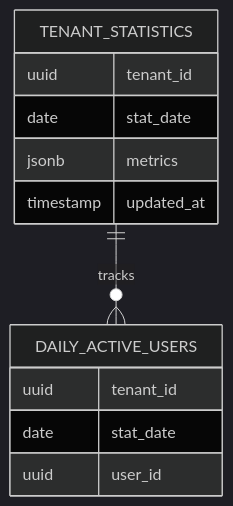
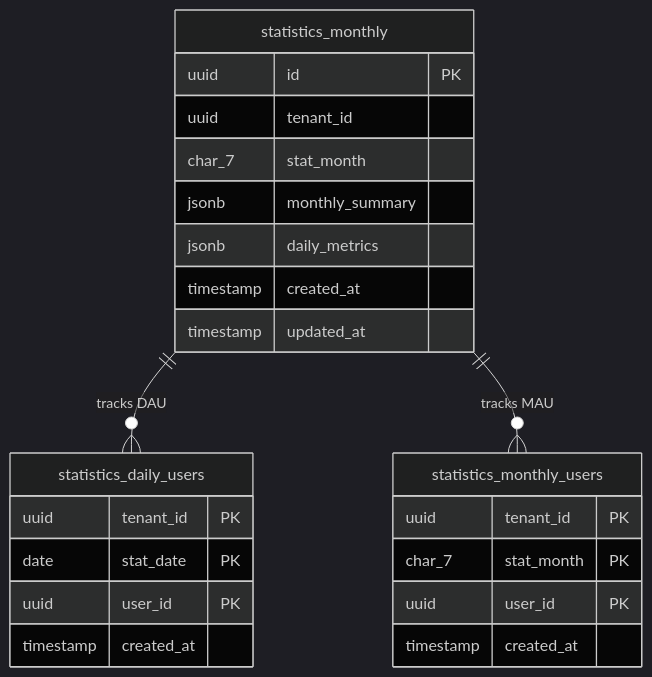
One commit to hirokazu-kobayashi-koba-hiro/idp-server changed the second of 6 diagrams in documentation/docs/content_03_concepts/concept-22-tenant-statistics.md. Above: the diagram before and after it, drawn with Mermaid (dark theme). The commit also changed other lines of this file and 30 other files, not shown here.

First line of the commit message:
feat: Redesign statistics to monthly-based with cumulative MAU

````diff
--- a/documentation/docs/content_03_concepts/concept-22-tenant-statistics.md
+++ b/documentation/docs/content_03_concepts/concept-22-tenant-statistics.md
@@ -55,15 +57,26 @@
 ```mermaid
 erDiagram
-    TENANT_STATISTICS ||--o{ DAILY_ACTIVE_USERS : tracks
-    TENANT_STATISTICS {
+    statistics_monthly ||--o{ statistics_daily_users : "tracks DAU"
+    statistics_monthly ||--o{ statistics_monthly_users : "tracks MAU"
+    statistics_monthly {
+        uuid id PK
         uuid tenant_id
-        date stat_date
-        jsonb metrics
+        char_7 stat_month
+        jsonb monthly_summary
+        jsonb daily_metrics
+        timestamp created_at
         timestamp updated_at
     }
-    DAILY_ACTIVE_USERS {
-        uuid tenant_id
-        date stat_date
-        uuid user_id
+    statistics_daily_users {
+        uuid tenant_id PK
+        date stat_date PK
+        uuid user_id PK
+        timestamp created_at
+    }
+    statistics_monthly_users {
+        uuid tenant_id PK
+        char_7 stat_month PK
+        uuid user_id PK
+        timestamp created_at
     }
 ```
````
